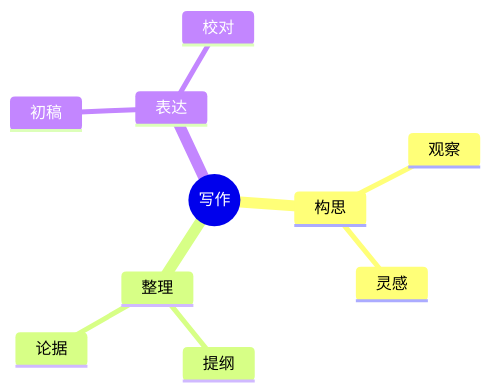
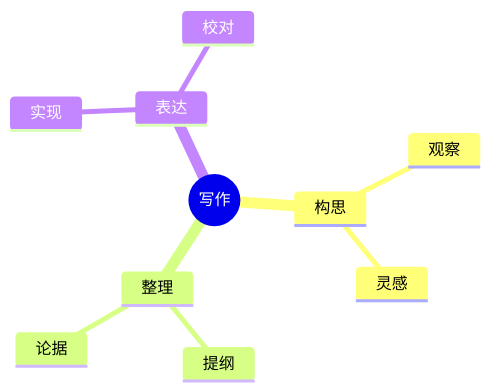
Before and after one commit to dotnet9/Vex: diagram 12 of 22 in docs/演示文档/Mermaid 图表图鉴.md, drawn with Mermaid. The commit also changed other lines of this file and 11 other files, not shown here.

````diff
--- a/docs/演示文档/Mermaid 图表图鉴.md
+++ b/docs/演示文档/Mermaid 图表图鉴.md
@@ -160,13 +168,13 @@
 ```mermaid
 mindmap
   root((写作))
     构思
       观察
       灵感
     整理
       提纲
       论据
     表达
-      初稿
+      实现
       校对
 ```
````
